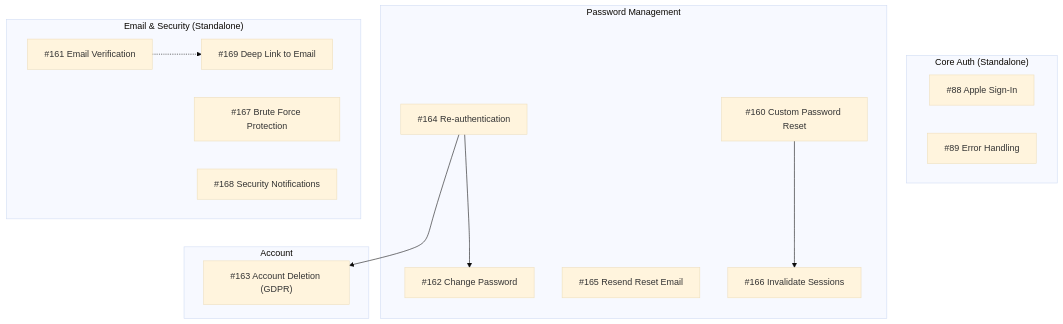
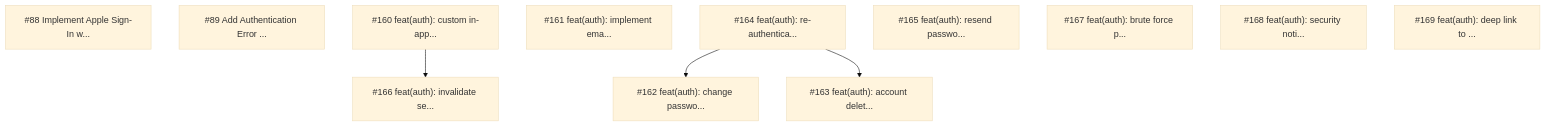
One commit to amehmeto/TiedSiren51 changed the second of 3 diagrams in docs/TICKET-DEPENDENCY-GRAPH.md. Above: the diagram before and after it, drawn with Mermaid (base theme). The commit also changed other lines of this file and 4 other files, not shown here.

First line of the commit message:
feat(tooling): auto-generate dependency graph from GitHub issues

````diff
--- a/docs/TICKET-DEPENDENCY-GRAPH.md
+++ b/docs/TICKET-DEPENDENCY-GRAPH.md
@@ -173,36 +132,19 @@
 ```mermaid
 flowchart TD
-    subgraph "Core Auth (Standalone)"
-        A88["#88 Apple Sign-In"]
-        A89["#89 Error Handling"]
-    end
+    F88["#88 Implement Apple Sign-In w..."]
+    F89["#89 Add Authentication Error ..."]
+    F160["#160 feat(auth): custom in-app..."]
+    F161["#161 feat(auth): implement ema..."]
+    F162["#162 feat(auth): change passwo..."]
+    F163["#163 feat(auth): account delet..."]
+    F164["#164 feat(auth): re-authentica..."]
+    F165["#165 feat(auth): resend passwo..."]
+    F166["#166 feat(auth): invalidate se..."]
+    F167["#167 feat(auth): brute force p..."]
+    F168["#168 feat(auth): security noti..."]
+    F169["#169 feat(auth): deep link to ..."]
 
-    subgraph "Password Management"
-        A160["#160 Custom Password Reset"]
-        A162["#162 Change Password"]
-        A164["#164 Re-authentication"]
-        A165["#165 Resend Reset Email"]
-        A166["#166 Invalidate Sessions"]
-    end
-
-    subgraph "Email & Security (Standalone)"
-        A161["#161 Email Verification"]
-        A167["#167 Brute Force Protection"]
-        A168["#168 Security Notifications"]
-        A169["#169 Deep Link to Email"]
-    end
-
-    subgraph "Account"
-        A163["#163 Account Deletion (GDPR)"]
-    end
-
-    %% Re-auth is prerequisite for sensitive ops
-    A164 --> A162
-    A164 --> A163
-
-    %% Password reset chain
-    A160 --> A166
-
-    %% Email verification → deep link (optional)
-    A161 -.-> A169
+    F164 --> F162
+    F164 --> F163
+    F160 --> F166
 ```
````
